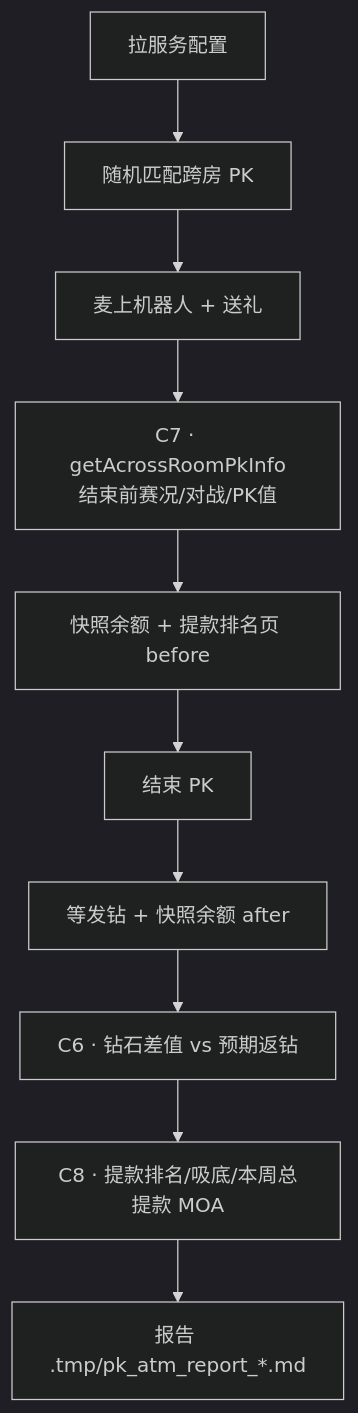
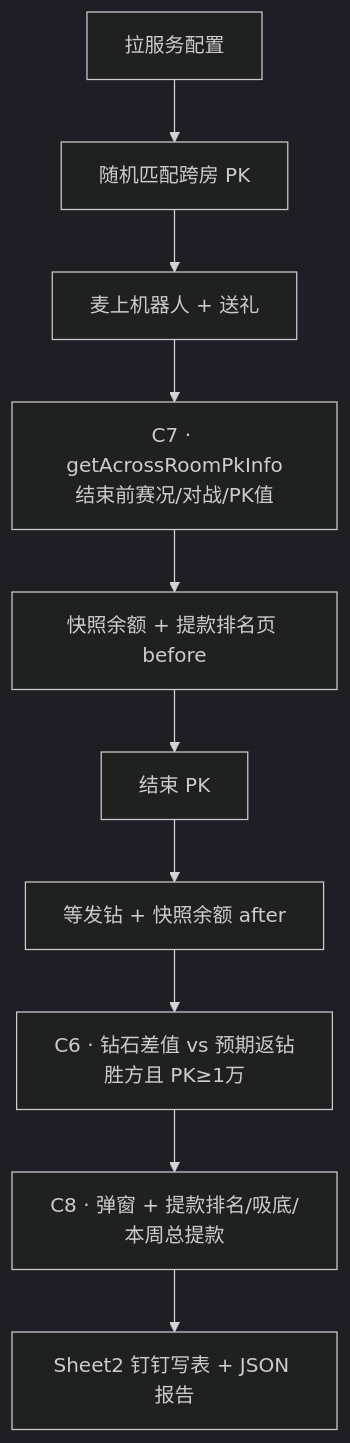
One commit to chenmo19910907-prog/yaahlanAgent changed the second of 2 diagrams in workflow/PK提款机搭建指南.md. Above: the diagram before and after it, drawn with Mermaid (dark theme). The commit also changed other lines of this file and 6 other files, not shown here.

````diff
--- a/workflow/PK提款机搭建指南.md
+++ b/workflow/PK提款机搭建指南.md
@@ -344,12 +387,12 @@
 ```mermaid
 flowchart TD
   A[拉服务配置] --> B[随机匹配跨房 PK]
   B --> C[麦上机器人 + 送礼]
   C --> D[C7 · getAcrossRoomPkInfo<br>结束前赛况/对战/PK值]
   D --> E[快照余额 + 提款排名页 before]
   E --> F[结束 PK]
   F --> G[等发钻 + 快照余额 after]
-  G --> H[C6 · 钻石差值 vs 预期返钻]
-  H --> I[C8 · 提款排名/吸底/本周总提款 MOA]
-  I --> J[报告 .tmp/pk_atm_report_*.md]
+  G --> H[C6 · 钻石差值 vs 预期返钻<br>胜方且 PK≥1万]
+  H --> I[C8 · 弹窗 + 提款排名/吸底/本周总提款]
+  I --> K[Sheet2 钉钉写表 + JSON 报告]
 ```
````
